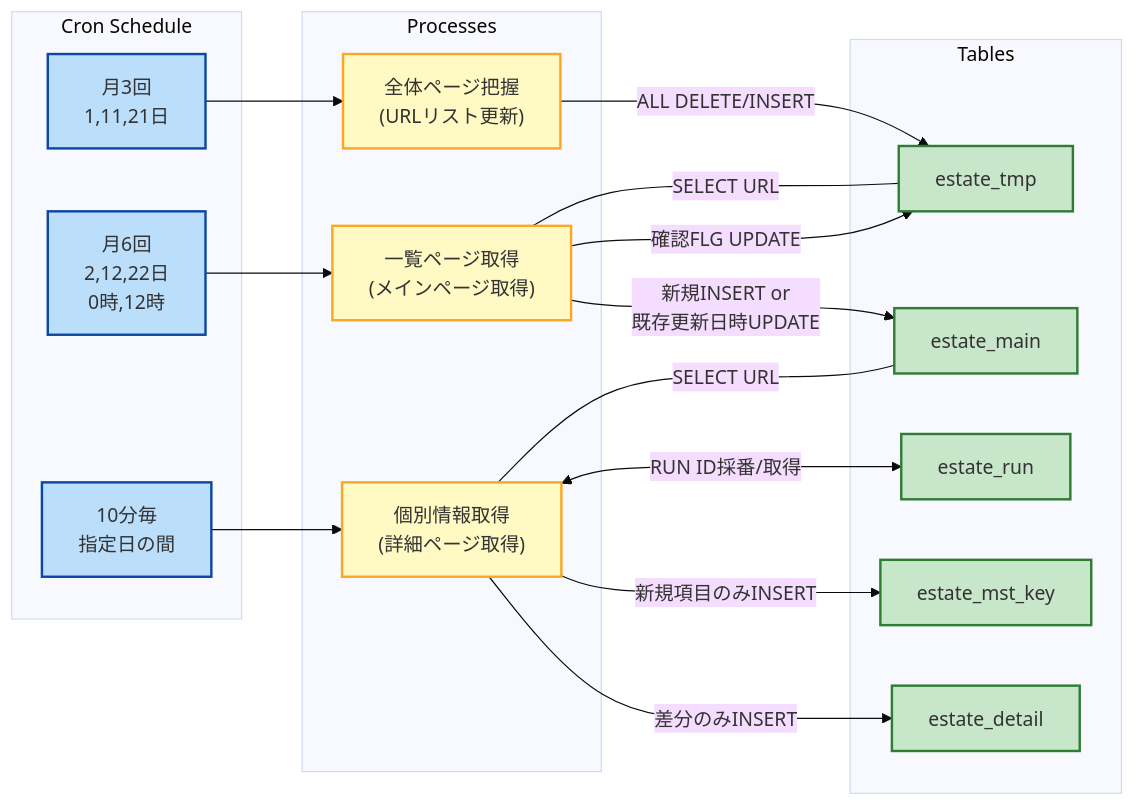
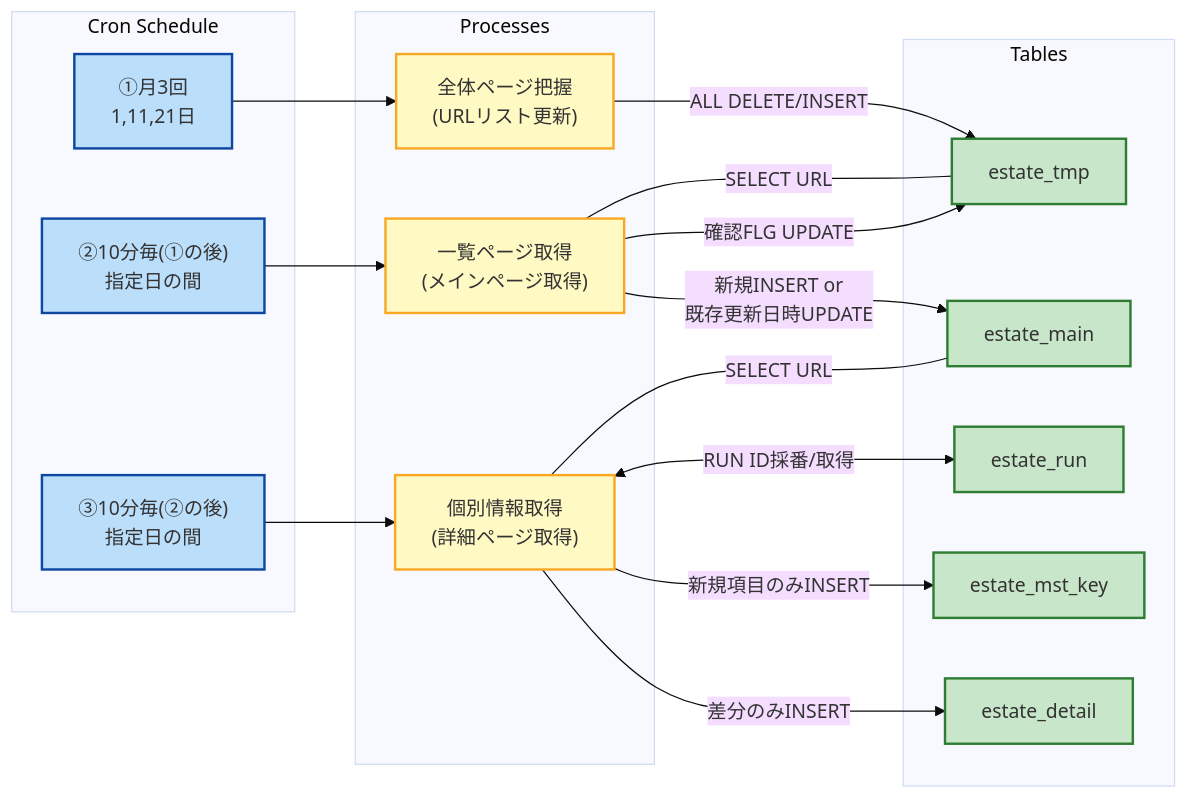
The diagram in main/collect/README.md (kazukingh01/kkestate), drawn with Mermaid (base theme) before and after one commit. The commit also changed other lines of this file and 2 other files, not shown here.

````diff
--- a/main/collect/README.md
+++ b/main/collect/README.md
@@ -5,48 +19,48 @@
 ```mermaid
 flowchart LR
   %% Cron Schedule
   subgraph CronSchedule["Cron Schedule"]
-    C1["月3回<br>1,11,21日"]
-    C2["月6回<br>2,12,22日<br>0時,12時"]
-    C3["10分毎<br>指定日の間"]
+    C1["①月3回<br>1,11,21日"]
+    C2["②10分毎(①の後)<br>指定日の間"]
+    C3["③10分毎(②の後)<br>指定日の間"]
   end
 
   %% Processes
   subgraph Processes["Processes"]
     P1["全体ページ把握<br>(URLリスト更新)"]
     P2["一覧ページ取得<br>(メインページ取得)"]
     P3["個別情報取得<br>(詳細ページ取得)"]
   end
 
   %% Tables
   subgraph Tables["Tables"]
     T1["estate_tmp"]
     T2["estate_main"]
     T3["estate_run"]
     T4["estate_mst_key"]
     T5["estate_detail"]
   end
 
   %% Edges
   C1 --> P1
   C2 --> P2
   C3 --> P3
 
   P1 --> |ALL DELETE/INSERT| T1
   P2 --- |SELECT URL| T1
   P2 --> |確認FLG UPDATE| T1
   P2 --> |"新規INSERT or<br>既存更新日時UPDATE"| T2
   P3 --- |SELECT URL| T2
   P3 <--> |RUN ID採番/取得| T3
   P3 --> |新規項目のみINSERT| T4
   P3 --> |差分のみINSERT| T5
 
   %% Styling
   classDef cron    fill:#bbdefb,stroke:#0d47a1,stroke-width:2px;
   classDef process fill:#fff9c4,stroke:#f9a825,stroke-width:2px;
   classDef table   fill:#c8e6c9,stroke:#2e7d32,stroke-width:2px;
 
   class C1,C2,C3 cron;
   class P1,P2,P3 process;
   class T1,T2,T3,T4,T5 table;
 ```
````
